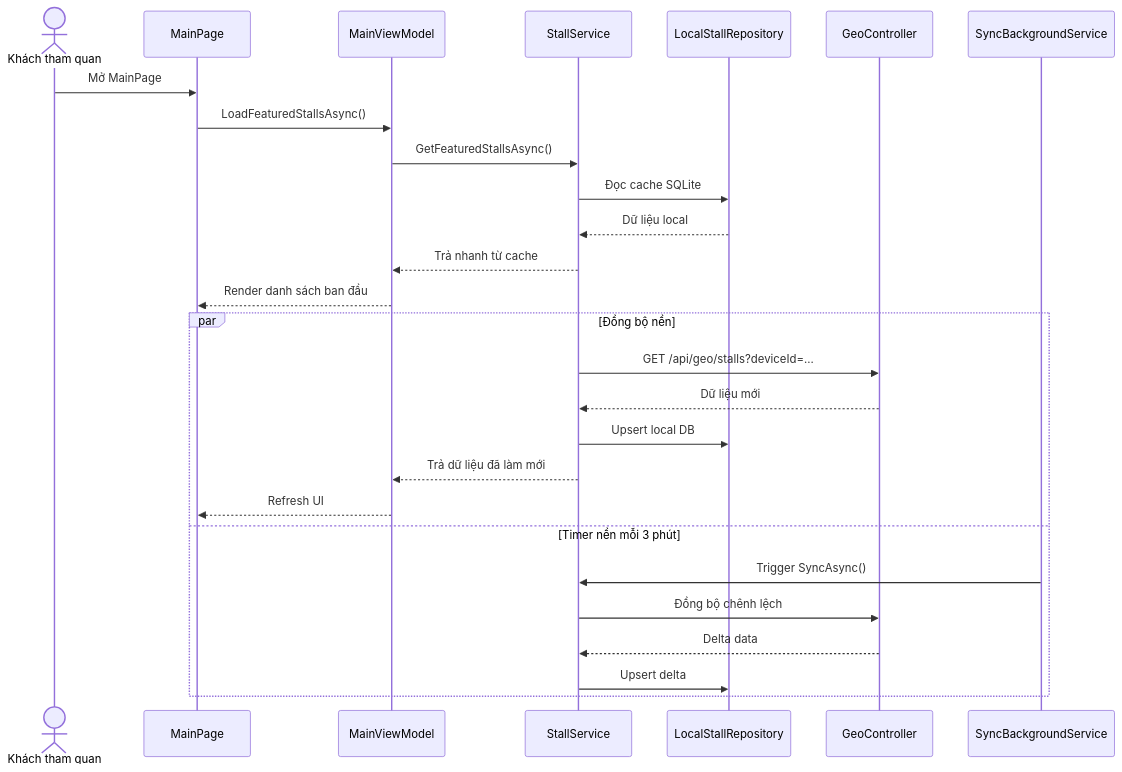
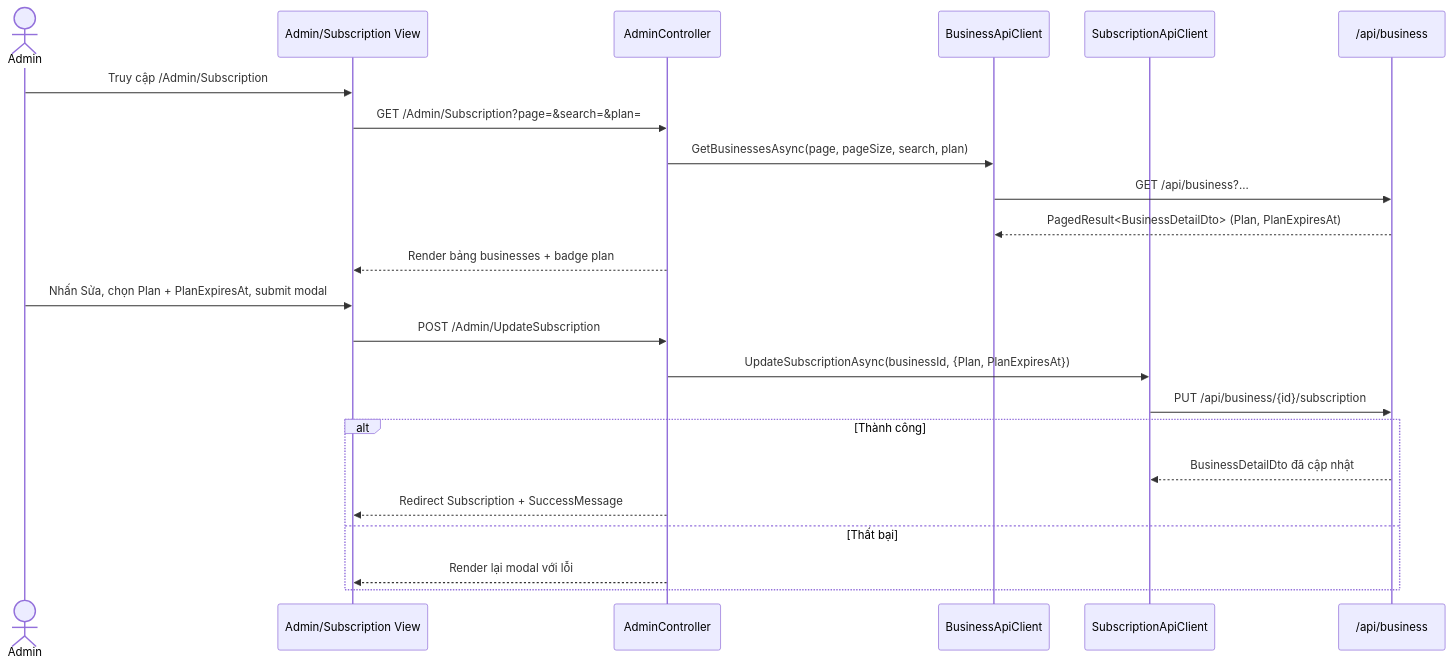
One commit to NguyenAlpha/LocateAndMultilingualNarration changed diagram 18 of 19 in Docs/Sequence Diagrams – Web Admin.md. Above: the diagram before and after it, drawn with Mermaid. The commit also changed other lines of this file, not shown here.

````diff
--- a/Docs/Sequence Diagrams – Web Admin.md
+++ b/Docs/Sequence Diagrams – Web Admin.md
@@ -137,31 +807,29 @@
 ```mermaid
 sequenceDiagram
-    actor KTV as Khách tham quan
-    participant MP as MainPage
-    participant MVM as MainViewModel
-    participant ST as StallService
-    participant DB as LocalStallRepository
-    participant API as GeoController
-    participant SYNC as SyncBackgroundService
+    actor ADMIN as Admin
+    participant VIEW as Admin/Subscription View
+    participant CTR as AdminController
+    participant BIZ as BusinessApiClient
+    participant SUB as SubscriptionApiClient
+    participant API as /api/business
 
-    KTV->>MP: Mở MainPage
-    MP->>MVM: LoadFeaturedStallsAsync()
-    MVM->>ST: GetFeaturedStallsAsync()
-    ST->>DB: Đọc cache SQLite
-    DB-->>ST: Dữ liệu local
-    ST-->>MVM: Trả nhanh từ cache
-    MVM-->>MP: Render danh sách ban đầu
+    %% Xem danh sách
+    ADMIN->>VIEW: Truy cập /Admin/Subscription
+    VIEW->>CTR: GET /Admin/Subscription?page=&search=&plan=
+    CTR->>BIZ: GetBusinessesAsync(page, pageSize, search, plan)
+    BIZ->>API: GET /api/business?...
+    API-->>BIZ: PagedResult<BusinessDetailDto> (Plan, PlanExpiresAt)
+    CTR-->>VIEW: Render bảng businesses + badge plan
 
-    par Đồng bộ nền
-        ST->>API: GET /api/geo/stalls?deviceId=...
-        API-->>ST: Dữ liệu mới
-        ST->>DB: Upsert local DB
-        ST-->>MVM: Trả dữ liệu đã làm mới
-        MVM-->>MP: Refresh UI
-    and Timer nền mỗi 3 phút
-        SYNC->>ST: Trigger SyncAsync()
-        ST->>API: Đồng bộ chênh lệch
-        API-->>ST: Delta data
-        ST->>DB: Upsert delta
+    %% Cập nhật plan
+    ADMIN->>VIEW: Nhấn Sửa, chọn Plan + PlanExpiresAt, submit modal
+    VIEW->>CTR: POST /Admin/UpdateSubscription
+    CTR->>SUB: UpdateSubscriptionAsync(businessId, {Plan, PlanExpiresAt})
+    SUB->>API: PUT /api/business/{id}/subscription
+    alt Thành công
+        API-->>SUB: BusinessDetailDto đã cập nhật
+        CTR-->>VIEW: Redirect Subscription + SuccessMessage
+    else Thất bại
+        CTR-->>VIEW: Render lại modal với lỗi
     end
 ```
````
